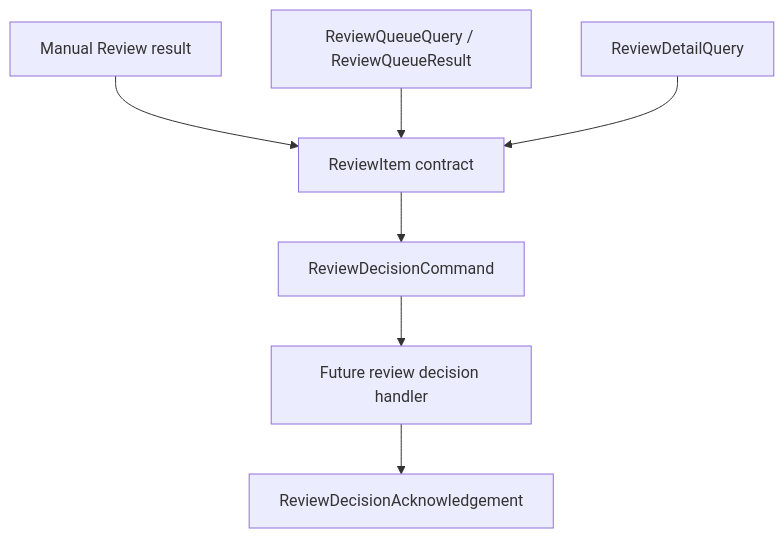
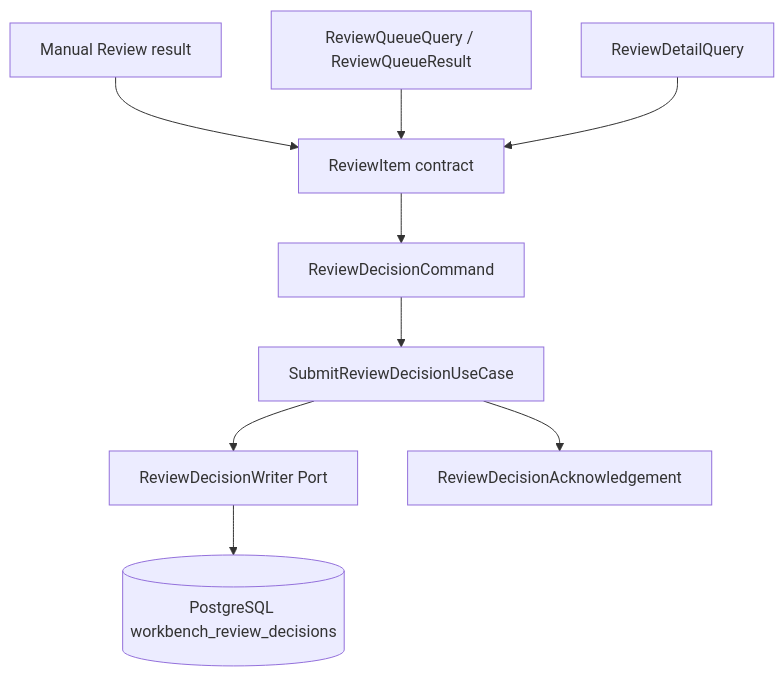
One commit to odurmazoglu/ict-integration-hub changed the third of 5 diagrams in docs/WORKFLOWS.md. Above: the diagram before and after it, drawn with Mermaid. The commit also changed other lines of this file and 19 other files, not shown here.

Commit message:
feat: persist workbench review decisions

````diff
--- a/docs/WORKFLOWS.md
+++ b/docs/WORKFLOWS.md
@@ -90,17 +90,21 @@
 ```mermaid
 flowchart TB
     ReviewRequired[Manual Review result]
     ReviewItem[ReviewItem contract]
     Queue[ReviewQueueQuery / ReviewQueueResult]
     Detail[ReviewDetailQuery]
     Decision[ReviewDecisionCommand]
+    Submit[SubmitReviewDecisionUseCase]
+    Writer[ReviewDecisionWriter Port]
+    Store[(PostgreSQL workbench_review_decisions)]
     Ack[ReviewDecisionAcknowledgement]
-    FutureHandler[Future review decision handler]
 
     ReviewRequired --> ReviewItem
     Queue --> ReviewItem
     Detail --> ReviewItem
     ReviewItem --> Decision
-    Decision --> FutureHandler
-    FutureHandler --> Ack
+    Decision --> Submit
+    Submit --> Writer
+    Writer --> Store
+    Submit --> Ack
 ```
````
